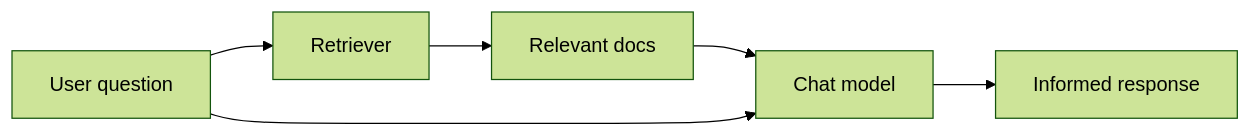
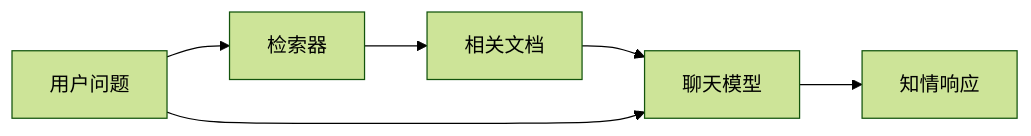
The second of 4 diagrams in oss/javascript/langchain/component-architecture.mdx (kunfan96/cndocs-langchain), drawn with Mermaid (forest theme) before and after one commit. The commit also changed other lines of this file and 288 other files, not shown here.

````diff
--- a/oss/javascript/langchain/component-architecture.mdx
+++ b/oss/javascript/langchain/component-architecture.mdx
@@ -81,8 +81,8 @@
 ```mermaid
 graph LR
-    A[User question] --> B[Retriever]
-    B --> C[Relevant docs]
-    C --> D[Chat model]
+    A[用户问题] --> B[检索器]
+    B --> C[相关文档]
+    C --> D[聊天模型]
     A --> D
-    D --> E[Informed response]
+    D --> E[知情响应]
 ```
````
